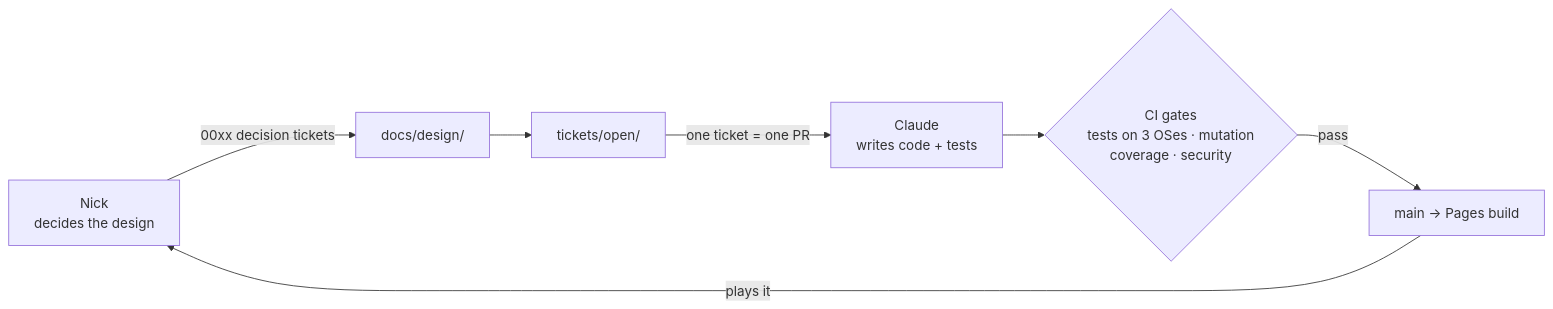
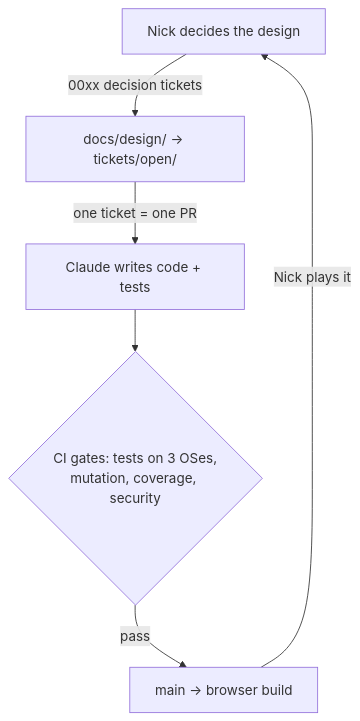
One commit to Zafnok/tactical-rpg changed the second of 2 diagrams in README.md. Above: the diagram before and after it, drawn with Mermaid. The commit also changed other lines of this file and 1 other file, not shown here.

Commit message:
[0112] Make the README's diagrams readable

````diff
--- a/README.md
+++ b/README.md
@@ -143,9 +143,8 @@
 ```mermaid
-flowchart LR
-    N["Nick<br/>decides the design"] -->|"00xx decision tickets"| D["docs/design/"]
-    D --> T["tickets/open/"]
-    T -->|"one ticket = one PR"| C["Claude<br/>writes code + tests"]
-    C --> CI{"CI gates<br/>tests on 3 OSes · mutation<br/>coverage · security"}
-    CI -->|pass| M["main → Pages build"]
-    M -->|plays it| N
+flowchart TD
+    N["Nick decides the design"] -->|"00xx decision tickets"| T["docs/design/ → tickets/open/"]
+    T -->|"one ticket = one PR"| C["Claude writes code + tests"]
+    C --> CI{"CI gates: tests on 3 OSes,<br/>mutation, coverage, security"}
+    CI -->|pass| M["main → browser build"]
+    M -->|"Nick plays it"| N
 ```
````
